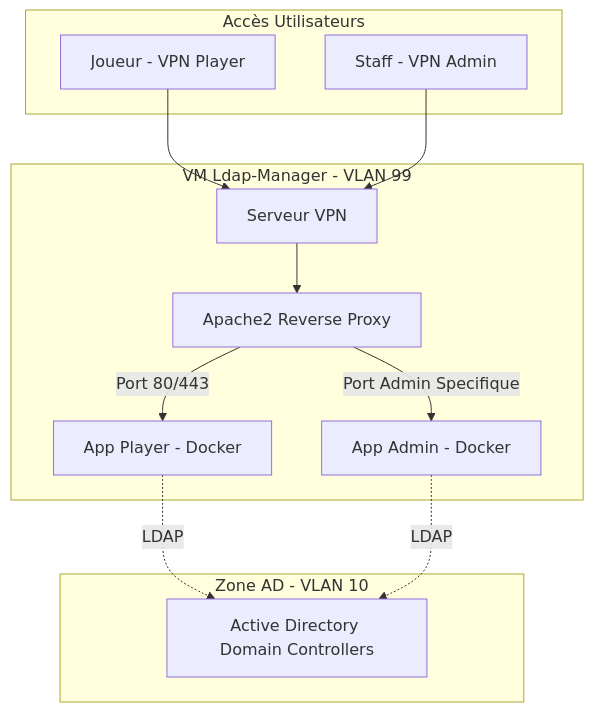
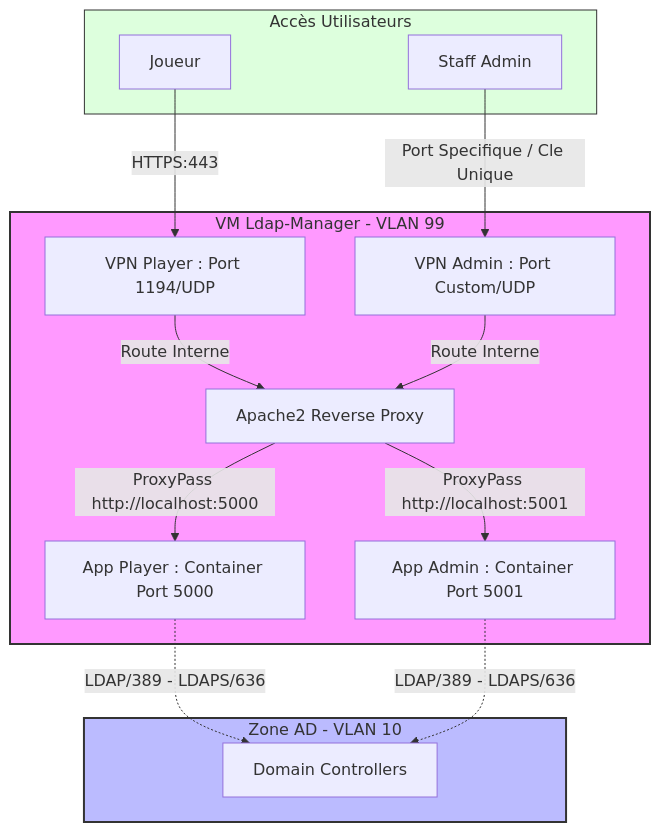
The diagram in README.md (hugocnvs/TSP-NET8553-GRP3-Trafic-Video), drawn with Mermaid before and after one commit.

````diff
--- a/README.md
+++ b/README.md
@@ -142,26 +142,41 @@
 ```mermaid
 graph TD
     subgraph Accès_Distant [Accès Utilisateurs]
-        Joueur[Joueur - VPN Player]
-        Staff[Staff - VPN Admin]
+        Joueur[Joueur]
+        Staff[Staff Admin]
     end
 
     subgraph VLAN_99 [VM Ldap-Manager - VLAN 99]
-        VPN[Serveur VPN]
+        VPN_P[VPN Player : Port 1194/UDP]
+        VPN_A[VPN Admin : Port Custom/UDP]
+        
         Proxy[Apache2 Reverse Proxy]
-        Docker_Player[App Player - Docker]
-        Docker_Admin[App Admin - Docker]
+        
+        Docker_Player[App Player : Container Port 5000]
+        Docker_Admin[App Admin : Container Port 5001]
     end
 
     subgraph VLAN_10 [Zone AD - VLAN 10]
-        AD[Active Directory Domain Controllers]
+        AD[Domain Controllers]
     end
 
-    Joueur --> VPN
-    Staff --> VPN
-    VPN --> Proxy
-    Proxy -->|Port 80/443| Docker_Player
-    Proxy -->|Port Admin Specifique| Docker_Admin
-    Docker_Player -.->|LDAP| AD
-    Docker_Admin -.->|LDAP| AD
+    %% Flux Entrants
+    Joueur -->|HTTPS:443| VPN_P
+    Staff -->|Port Specifique / Cle Unique| VPN_A
+    
+    VPN_P -->|Route Interne| Proxy
+    VPN_A -->|Route Interne| Proxy
+    
+    %% Proxy vers Containers
+    Proxy -->|ProxyPass http://localhost:5000| Docker_Player
+    Proxy -->|ProxyPass http://localhost:5001| Docker_Admin
+    
+    %% Flux Sortants
+    Docker_Player -.->|LDAP/389 - LDAPS/636| AD
+    Docker_Admin -.->|LDAP/389 - LDAPS/636| AD
+    
+    %% Styles
+    style VLAN_99 fill:#f9f,stroke:#333,stroke-width:2px
+    style VLAN_10 fill:#bbf,stroke:#333,stroke-width:2px
+    style Accès_Distant fill:#dfd,stroke:#333,stroke-width:1px
 ```
````
